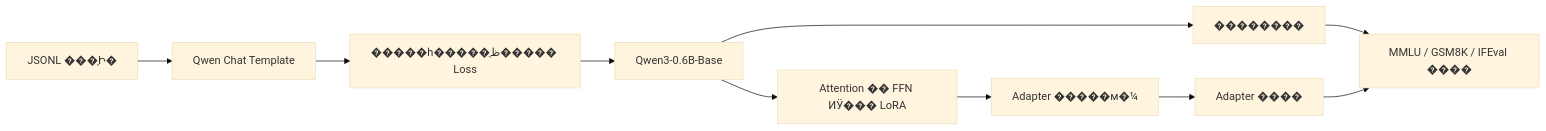
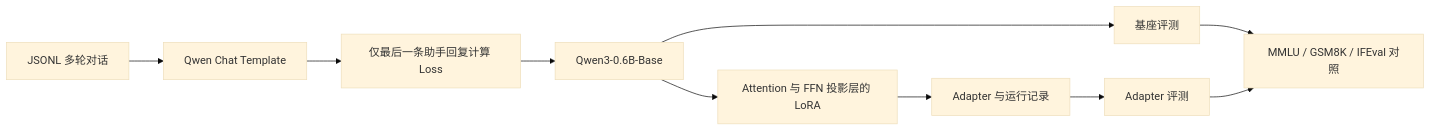
The diagram in README.md (qinzhong631-ux/-qwen3-0.6b-lora-sft), drawn with Mermaid (base theme) before and after one commit. The commit also changed other lines of this file and 8 other files, not shown here.

````diff
--- a/README.md
+++ b/README.md
@@ -19,12 +19,12 @@
 ```mermaid
 flowchart LR
-    A[JSONL ���ֶԻ�] --> B[Qwen Chat Template]
-    B --> C[�����һ�����ֻظ����� Loss]
+    A[JSONL 多轮对话] --> B[Qwen Chat Template]
+    B --> C[仅最后一条助手回复计算 Loss]
     C --> D[Qwen3-0.6B-Base]
-    D --> E[Attention �� FFN ͶӰ��� LoRA]
-    E --> F[Adapter �����м�¼]
-    D --> G[��������]
-    F --> H[Adapter ����]
-    G --> I[MMLU / GSM8K / IFEval ����]
+    D --> E[Attention 与 FFN 投影层的 LoRA]
+    E --> F[Adapter 与运行记录]
+    D --> G[基座评测]
+    F --> H[Adapter 评测]
+    G --> I[MMLU / GSM8K / IFEval 对照]
     H --> I
 ```
````
